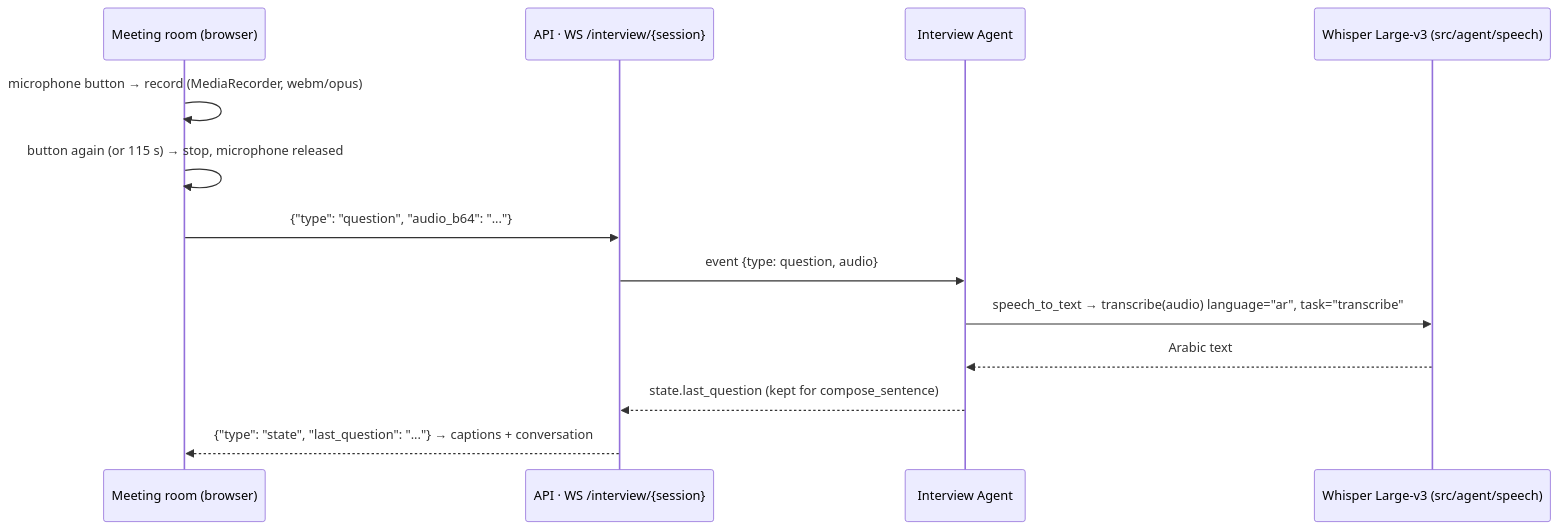
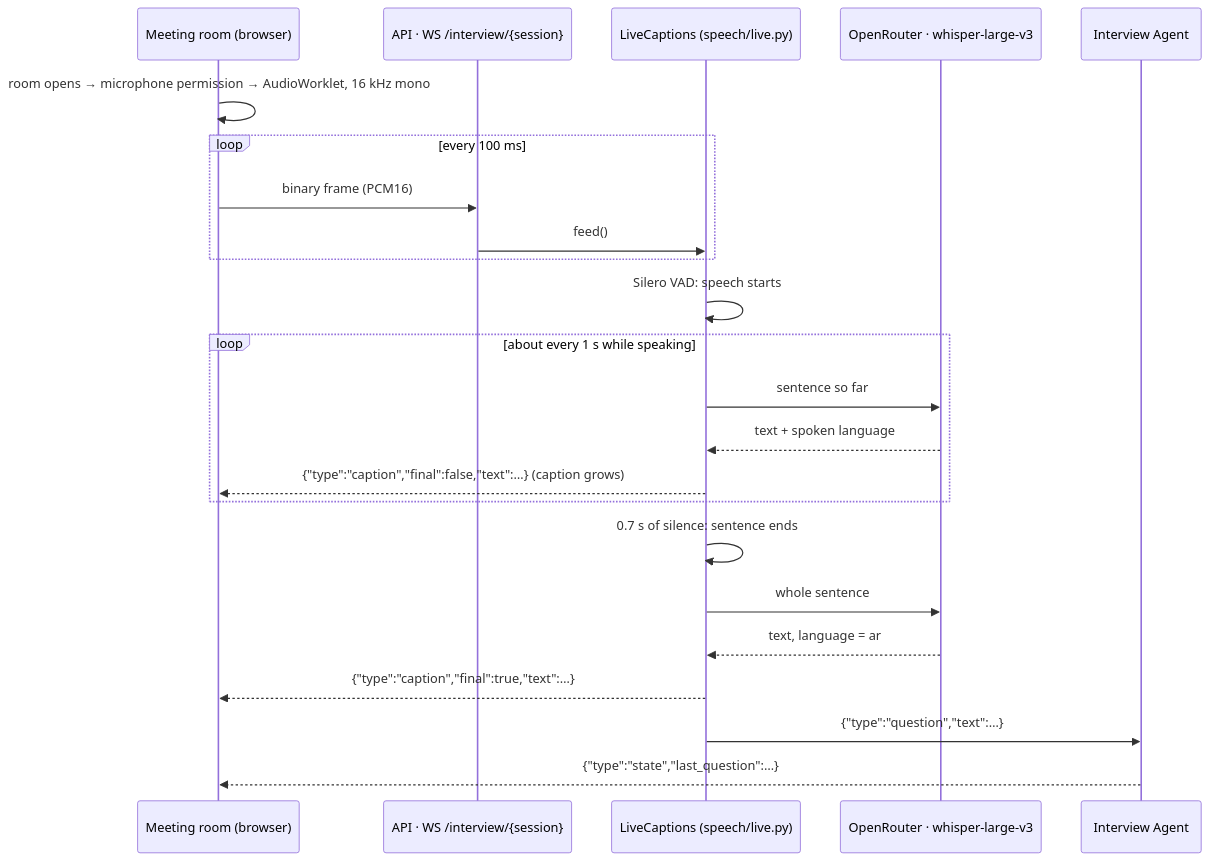
Before and after one commit to sitcx/SANAD2: the diagram in docs/speech.md, drawn with Mermaid. The commit also changed other lines of this file and 19 other files, not shown here.

````diff
--- a/docs/speech.md
+++ b/docs/speech.md
@@ -5,15 +12,25 @@
 ```mermaid
 sequenceDiagram
-    participant M as Meeting room (browser)
+    participant B as Meeting room (browser)
     participant A as API · WS /interview/{session}
+    participant L as LiveCaptions (speech/live.py)
+    participant O as OpenRouter · whisper-large-v3
     participant I as Interview Agent
-    participant W as Whisper Large-v3 (src/agent/speech)
-    M->>M: microphone button → record (MediaRecorder, webm/opus)
-    M->>M: button again (or 115 s) → stop, microphone released
-    M->>A: {"type": "question", "audio_b64": "..."}
-    A->>I: event {type: question, audio}
-    I->>W: speech_to_text → transcribe(audio)  language="ar", task="transcribe"
-    W-->>I: Arabic text
-    I-->>A: state.last_question (kept for compose_sentence)
-    A-->>M: {"type": "state", "last_question": "..."} → captions + conversation
+    B->>B: room opens → microphone permission → AudioWorklet, 16 kHz mono
+    loop every 100 ms
+        B->>A: binary frame (PCM16)
+        A->>L: feed()
+    end
+    L->>L: Silero VAD: speech starts
+    loop about every 1 s while speaking
+        L->>O: sentence so far
+        O-->>L: text + spoken language
+        L-->>B: {"type":"caption","final":false,"text":…}  (caption grows)
+    end
+    L->>L: 0.7 s of silence: sentence ends
+    L->>O: whole sentence
+    O-->>L: text, language = ar
+    L-->>B: {"type":"caption","final":true,"text":…}
+    L->>I: {"type":"question","text":…}
+    I-->>B: {"type":"state","last_question":…}
 ```
````
